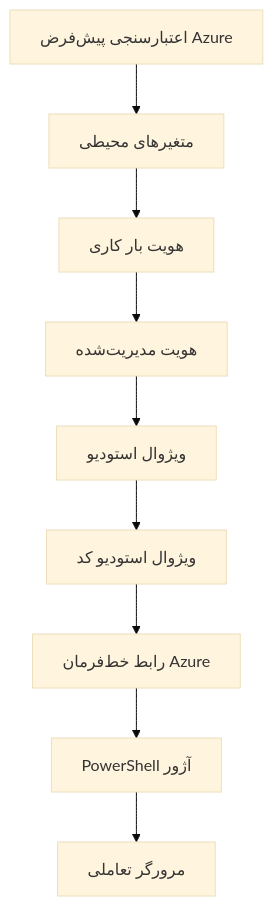
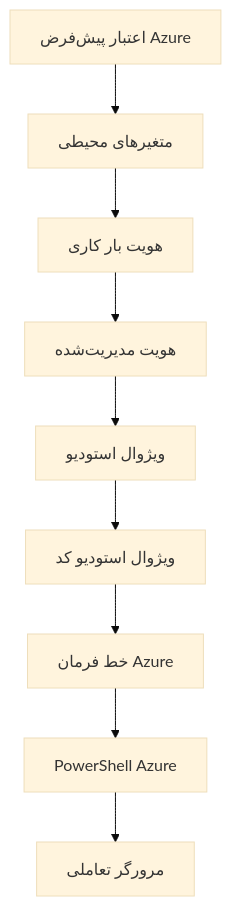
One commit to microsoft/AZD-for-beginners changed the second of 2 diagrams in translations/fa/docs/chapter-01-foundation/azd-basics.md. Above: the diagram before and after it, drawn with Mermaid (base theme). The commit also changed other lines of this file and 104 other files, not shown here.

````diff
--- a/translations/fa/docs/chapter-01-foundation/azd-basics.md
+++ b/translations/fa/docs/chapter-01-foundation/azd-basics.md
@@ -591,11 +606,11 @@
 ```mermaid
 graph TD
-    A[اعتبارسنجی پیش‌فرض Azure] --> B[متغیرهای محیطی]
+    A[اعتبار پیش‌فرض Azure] --> B[متغیرهای محیطی]
     B --> C[هویت بار کاری]
     C --> D[هویت مدیریت‌شده]
     D --> E[ویژوال استودیو]
     E --> F[ویژوال استودیو کد]
-    F --> G[رابط خط‌فرمان Azure]
-    G --> H[PowerShell آژور]
+    F --> G[خط فرمان Azure]
+    G --> H[PowerShell Azure]
     H --> I[مرورگر تعاملی]
 ```
````
